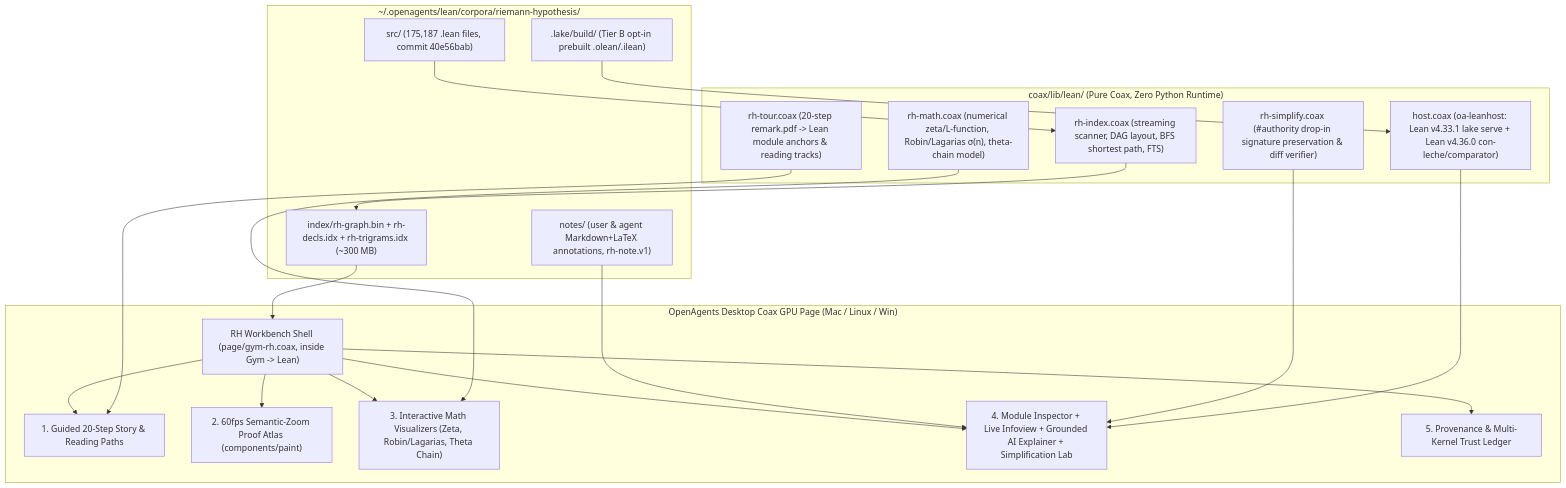
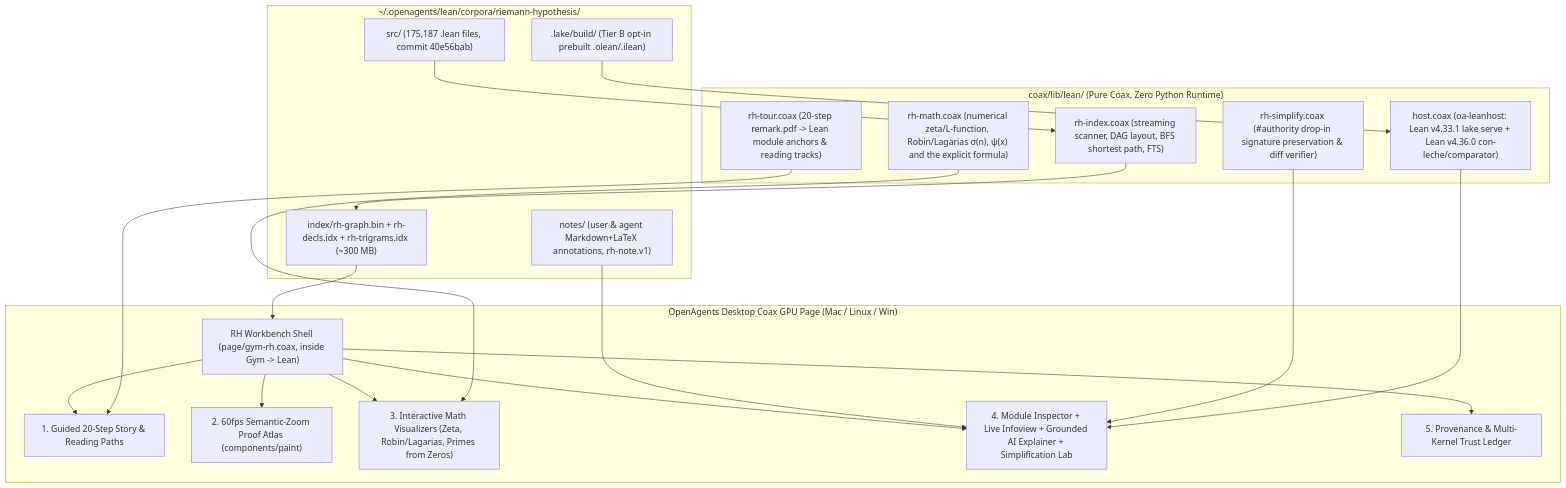
The diagram in docs/lean/riemann-hypothesis-workbench-spec.md (OpenAgentsInc/openagents), drawn with Mermaid before and after one commit. The commit also changed other lines of this file and 12 other files, not shown here.

````diff
--- a/docs/lean/riemann-hypothesis-workbench-spec.md
+++ b/docs/lean/riemann-hypothesis-workbench-spec.md
@@ -49,36 +49,36 @@
 ```mermaid
 flowchart TB
   subgraph Corpus["~/.openagents/lean/corpora/riemann-hypothesis/"]
     SRC["src/ (175,187 .lean files, commit 40e56bab)"]
     IDX["index/rh-graph.bin + rh-decls.idx + rh-trigrams.idx (~300 MB)"]
     CACHE[".lake/build/ (Tier B opt-in prebuilt .olean/.ilean)"]
     NOTES["notes/ (user & agent Markdown+LaTeX annotations, rh-note.v1)"]
   end
 
   subgraph CoaxCore["coax/lib/lean/ (Pure Coax, Zero Python Runtime)"]
     RHIDX["rh-index.coax (streaming scanner, DAG layout, BFS shortest path, FTS)"]
     RHTOUR["rh-tour.coax (20-step remark.pdf -> Lean module anchors & reading tracks)"]
-    RHMATH["rh-math.coax (numerical zeta/L-function, Robin/Lagarias σ(n), theta-chain model)"]
+    RHMATH["rh-math.coax (numerical zeta/L-function, Robin/Lagarias σ(n), ψ(x) and the explicit formula)"]
     RHSIMP["rh-simplify.coax (#authority drop-in signature preservation & diff verifier)"]
     HOST["host.coax (oa-leanhost: Lean v4.33.1 lake serve + Lean v4.36.0 con-leche/comparator)"]
   end
 
   subgraph GymUI["OpenAgents Desktop Coax GPU Page (Mac / Linux / Win)"]
     NAV["RH Workbench Shell (page/gym-rh.coax, inside Gym -> Lean)"]
     V1["1. Guided 20-Step Story & Reading Paths"]
     V2["2. 60fps Semantic-Zoom Proof Atlas (components/paint)"]
-    V3["3. Interactive Math Visualizers (Zeta, Robin/Lagarias, Theta Chain)"]
+    V3["3. Interactive Math Visualizers (Zeta, Robin/Lagarias, Primes from Zeros)"]
     V4["4. Module Inspector + Live Infoview + Grounded AI Explainer + Simplification Lab"]
     V5["5. Provenance & Multi-Kernel Trust Ledger"]
   end
 
   SRC --> RHIDX --> IDX
   IDX --> NAV
   RHTOUR --> V1
   RHMATH --> V3
   HOST --> V4
   CACHE --> HOST
   RHSIMP --> V4
   NOTES --> V4
   NAV --> V1 & V2 & V3 & V4 & V5
 ```
````
